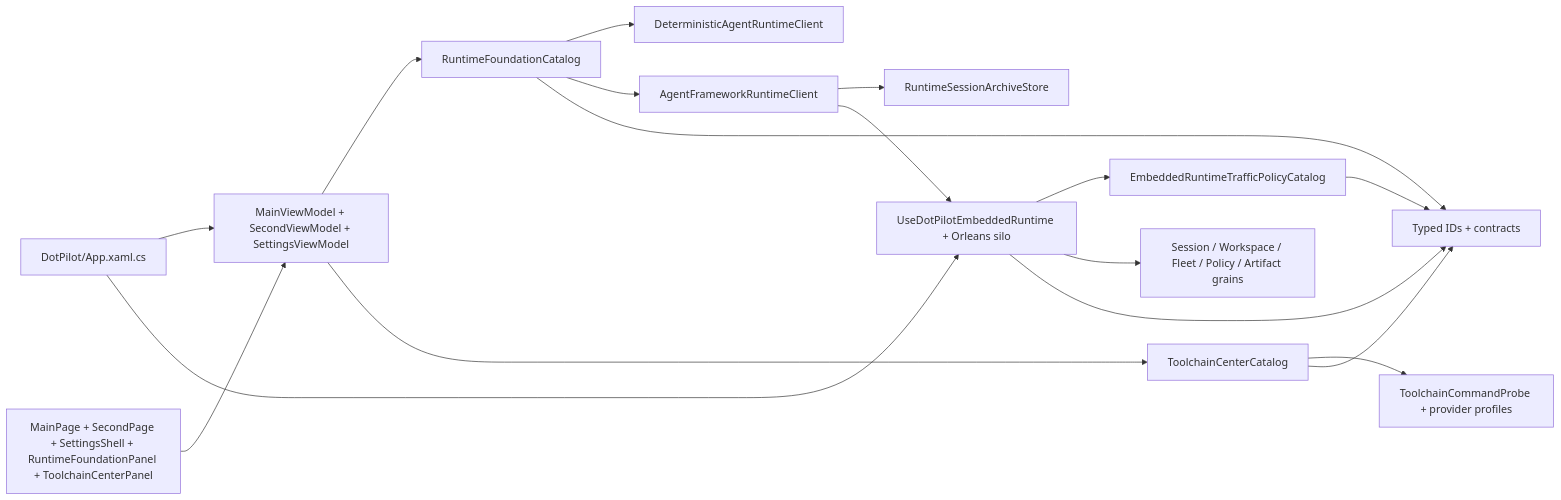
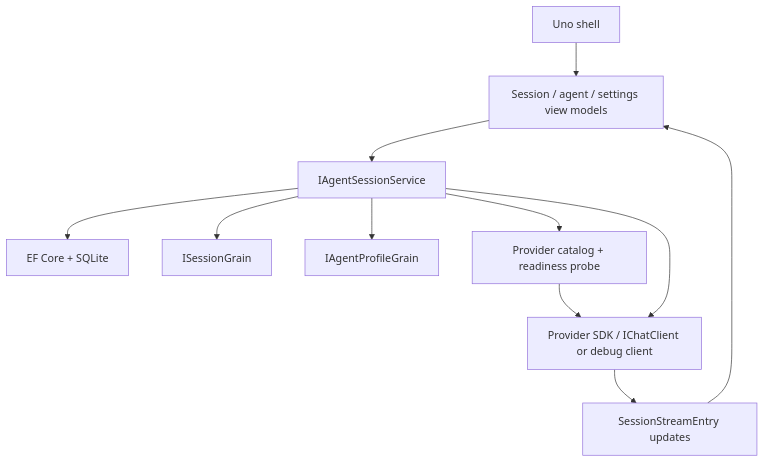
Before and after one commit to managedcode/dotPilot: the third of 4 diagrams in docs/Architecture.md, drawn with Mermaid. The commit also changed other lines of this file and 150 other files, not shown here.

Commit message:
Rewrite app around agent sessions

````diff
--- a/docs/Architecture.md
+++ b/docs/Architecture.md
@@ -199,33 +81,23 @@
 ```mermaid
-flowchart LR
-  App["DotPilot/App.xaml.cs"]
-  Views["MainPage + SecondPage + SettingsShell + RuntimeFoundationPanel + ToolchainCenterPanel"]
-  ViewModels["MainViewModel + SecondViewModel + SettingsViewModel"]
-  Catalog["RuntimeFoundationCatalog"]
-  Toolchains["ToolchainCenterCatalog"]
-  BrowserClient["DeterministicAgentRuntimeClient"]
-  DesktopClient["AgentFrameworkRuntimeClient"]
-  Archive["RuntimeSessionArchiveStore"]
-  Traffic["EmbeddedRuntimeTrafficPolicyCatalog"]
-  ToolchainProbe["ToolchainCommandProbe + provider profiles"]
-  EmbeddedHost["UseDotPilotEmbeddedRuntime + Orleans silo"]
-  Contracts["Typed IDs + contracts"]
-  Grains["Session / Workspace / Fleet / Policy / Artifact grains"]
+flowchart TD
+  Ui["Uno shell"]
+  ViewModels["Session / agent / settings view models"]
+  Service["IAgentSessionService"]
+  Store["EF Core + SQLite"]
+  SessionGrain["ISessionGrain"]
+  AgentGrain["IAgentProfileGrain"]
+  ProviderCatalog["Provider catalog + readiness probe"]
+  ProviderClient["Provider SDK / IChatClient or debug client"]
+  Stream["SessionStreamEntry updates"]
 
-  App --> ViewModels
-  Views --> ViewModels
-  ViewModels --> Catalog
-  ViewModels --> Toolchains
-  Catalog --> BrowserClient
-  Catalog --> DesktopClient
-  Catalog --> Contracts
-  Toolchains --> ToolchainProbe
-  Toolchains --> Contracts
-  App --> EmbeddedHost
-  DesktopClient --> Archive
-  DesktopClient --> EmbeddedHost
-  EmbeddedHost --> Traffic
-  EmbeddedHost --> Grains
-  EmbeddedHost --> Contracts
-  Traffic --> Contracts
+  Ui --> ViewModels
+  ViewModels --> Service
+  Service --> Store
+  Service --> SessionGrain
+  Service --> AgentGrain
+  Service --> ProviderCatalog
+  ProviderCatalog --> ProviderClient
+  Service --> ProviderClient
+  ProviderClient --> Stream
+  Stream --> ViewModels
 ```
````
